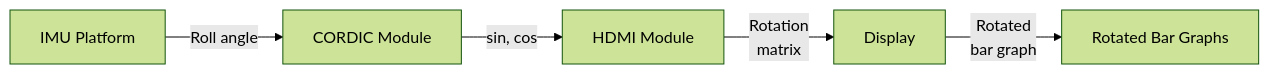
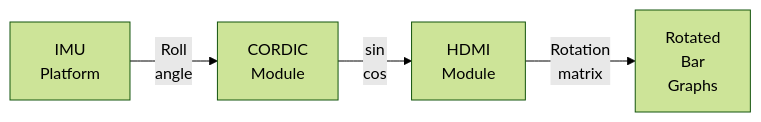
Before and after one commit to fperron-kt88/fx-portfolio: the diagram in _posts/2024-12-18-cordic-module-optimisation.md, drawn with Mermaid (forest theme).

Commit message:
feat: simplify diagram

````diff
--- a/_posts/2024-12-18-cordic-module-optimisation.md
+++ b/_posts/2024-12-18-cordic-module-optimisation.md
@@ -36,15 +36,13 @@
 ```mermaid
 flowchart LR
     %% Nodes
-    A[IMU Platform]
-    B[CORDIC Module]
-    C[HDMI Module]
-    D[Display]
-    E[Rotated Bar Graphs]
+    A[IMU \n Platform]
+    B[CORDIC \n Module]
+    C[HDMI \n Module]
+    E[Rotated \n Bar \n Graphs]
 
     %% Connections
-    A -->| Roll angle | B
-    B -->| sin, cos | C
-    C -->| Rotation \n matrix | D
-    D -->| Rotated \n bar graph| E
+    A -->| Roll \n angle | B
+    B -->| sin \n cos | C
+    C -->| Rotation \n matrix | E
 ```
````
